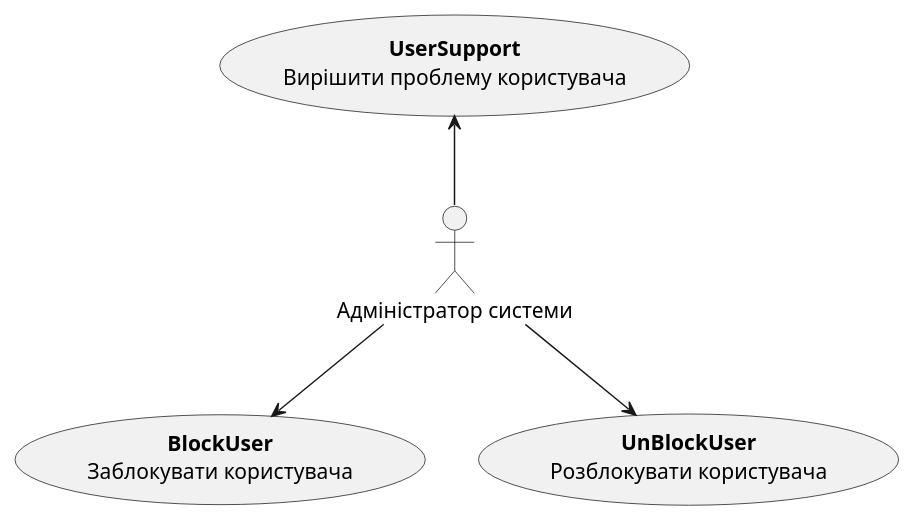
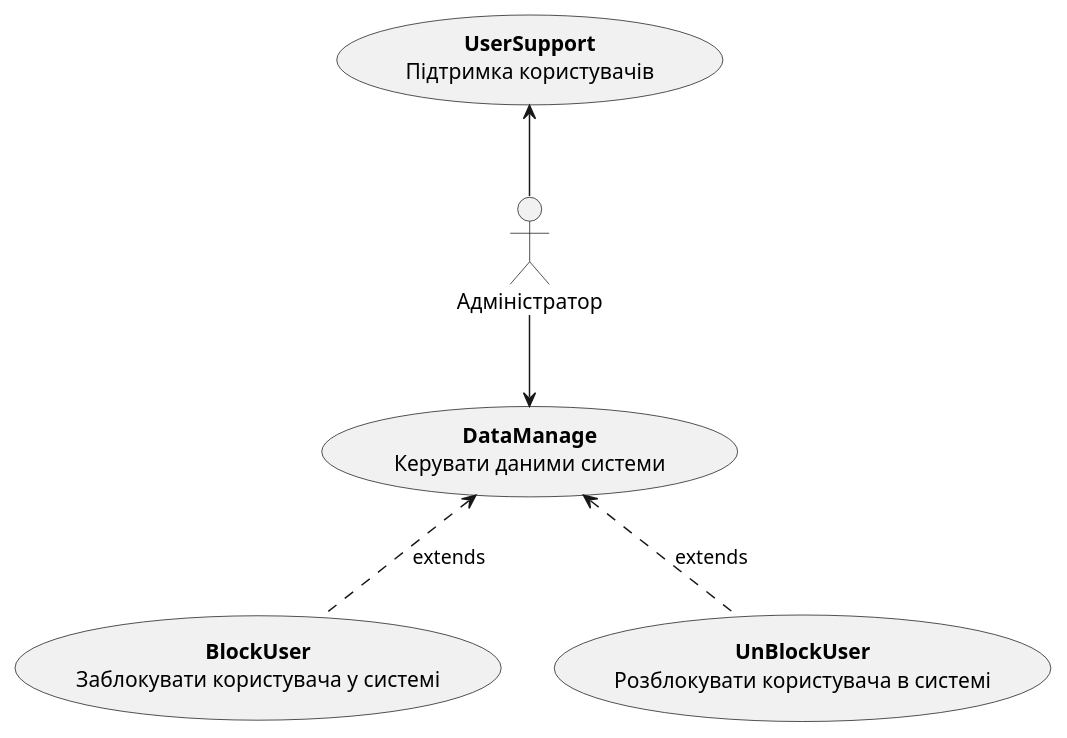
Before and after one commit to makssvelichko/edu_db_labs: the fourth of 13 diagrams in docs/use cases/README.md, drawn with PlantUML. The commit also changed other lines of this file, not shown here.

Commit message:
додав схеми для адміністратора та робітника

```diff
--- a/docs/use cases/README.md
+++ b/docs/use cases/README.md
@@ -122,12 +145,12 @@
 @startuml
+actor "Адміністратор" as Admin
+usecase "<b>DataManage</b>\nКерувати даними системи" as DataManage
+usecase "<b>BlockUser</b>\nЗаблокувати користувача у системі" as BlockUser
+usecase "<b>UnBlockUser</b>\nРозблокувати користувача в системі" as UnBlockUser
+usecase "<b>UserSupport</b>\nПідтримка користувачів" as UserSupport
 
-actor "Адміністратор системи" as Admin
-usecase "<b>BlockUser</b>\nЗаблокувати користувача" as BlockUser
-usecase "<b>UnBlockUser</b>\nРозблокувати користувача" as UnBlockUser
-usecase "<b>UserSupport</b>\nВирішити проблему користувача" as UserSupport
-
-Admin -d-> BlockUser
-Admin -d-> UnBlockUser
+Admin -d-> DataManage
 Admin -u-> UserSupport
-
+BlockUser .u.> DataManage:extends
+UnBlockUser .u.> DataManage:extends
 @enduml
```
